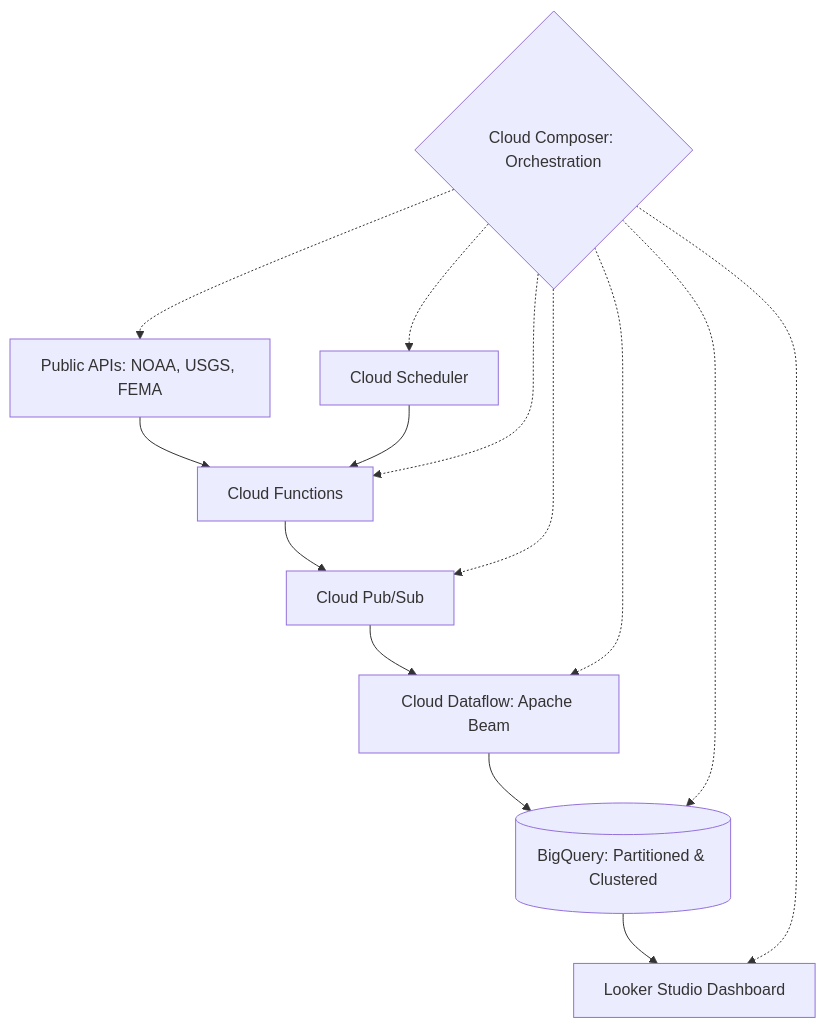
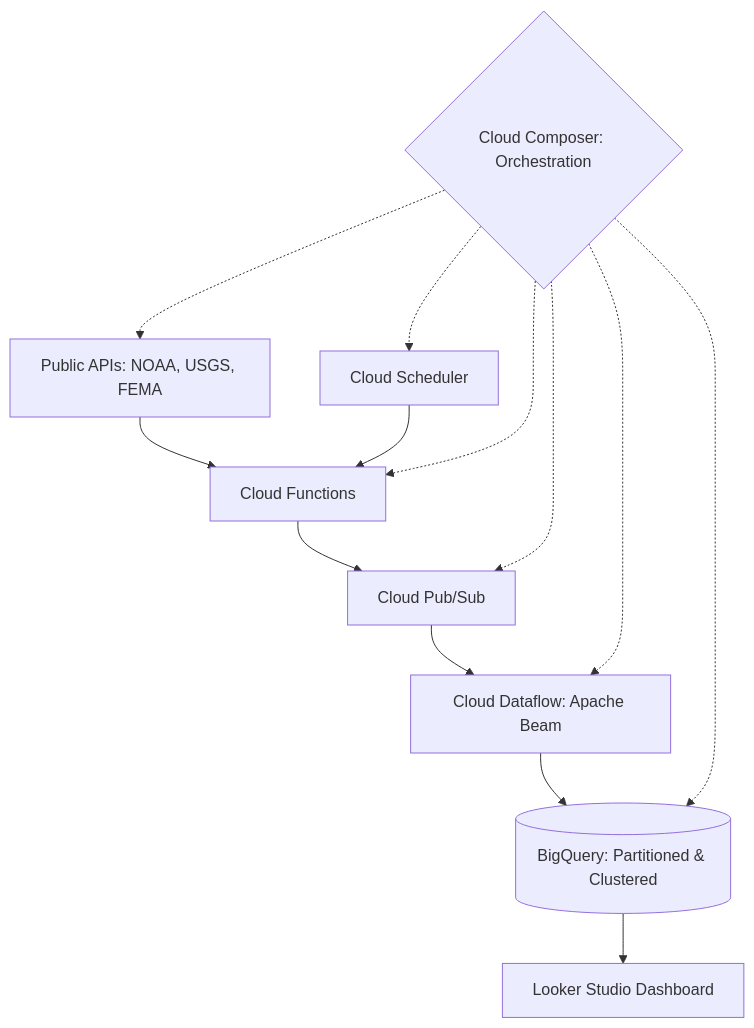
One commit to Raviteja-bh/gcp-hands-on-projects changed the diagram in cat-risk-pipeline/README.md. Above: the diagram before and after it, drawn with Mermaid.

Commit message:
Update README with project details and setup instructions

````diff
--- a/cat-risk-pipeline/README.md
+++ b/cat-risk-pipeline/README.md
@@ -15,22 +15,21 @@
 ```mermaid
 graph TD
     %% Main Pipeline Flow
     A[Public APIs: NOAA, USGS, FEMA] --> B[Cloud Functions]
     S[Cloud Scheduler] --> B
     B --> C[Cloud Pub/Sub]
     C --> D[Cloud Dataflow: Apache Beam]
     D --> E[(BigQuery: Partitioned & Clustered)]
     E --> F[Looker Studio Dashboard]
 
     %% The Orchestration Brain
     O{Cloud Composer: Orchestration}
 
     %% Direct Control Lines to Every Step
     O -.-> A
     O -.-> S
     O -.-> B
     O -.-> C
     O -.-> D
     O -.-> E
-    O -.-> F
 ```
````
